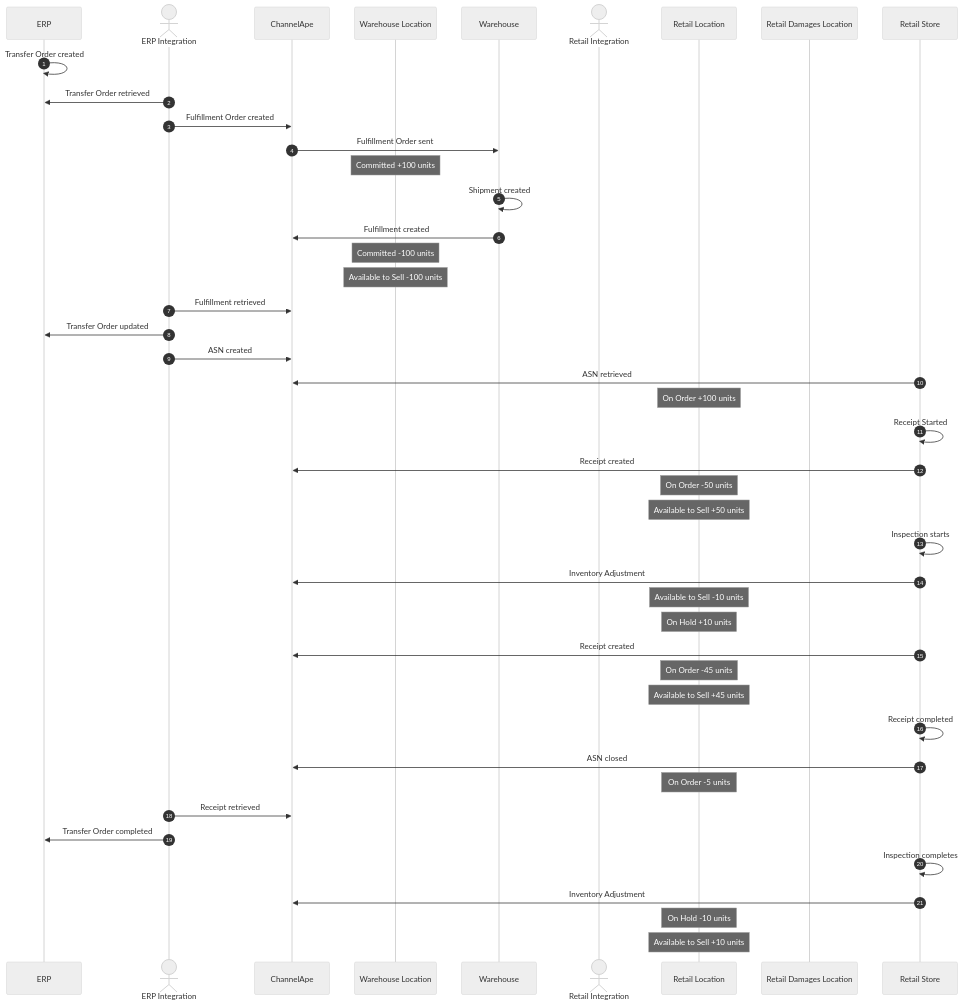
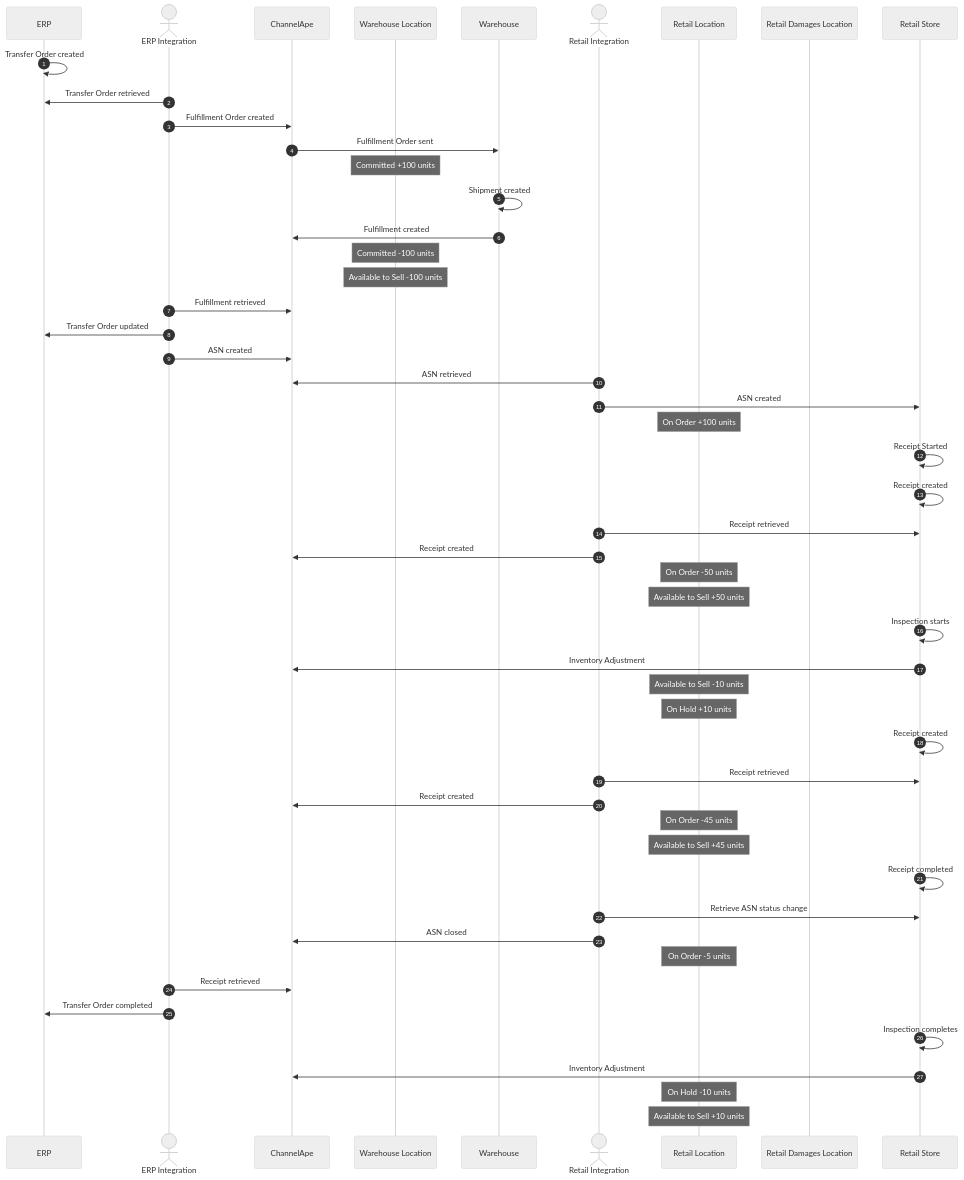
The fourth of 6 diagrams in data-flows/transfer-orders/README.md (ChannelApe/channelape-docs), drawn with Mermaid (neutral theme) before and after one commit. The commit also changed other lines of this file, not shown here.

Commit message:
Added Retail Integration actor

````diff
--- a/data-flows/transfer-orders/README.md
+++ b/data-flows/transfer-orders/README.md
@@ -216,64 +232,70 @@
 ```mermaid
 sequenceDiagram
     autonumber
     participant ERP
     actor ERP Integration
     participant ChannelApe
     participant Warehouse Location
     participant Warehouse
     actor Retail Integration
     participant Retail Location
     participant Retail Damages Location
     participant Retail Store
 
     ERP->>ERP: Transfer Order created
 
     ERP Integration->>ERP: Transfer Order retrieved
     ERP Integration->>ChannelApe: Fulfillment Order created
 
     ChannelApe->>Warehouse: Fulfillment Order sent
     note over Warehouse Location: Committed +100 units
     
     Warehouse->>Warehouse: Shipment created
     Warehouse->>ChannelApe: Fulfillment created
     note over Warehouse Location: Committed -100 units
     note over Warehouse Location: Available to Sell -100 units
 
     ERP Integration->>ChannelApe: Fulfillment retrieved
     ERP Integration->>ERP: Transfer Order updated
     ERP Integration->>ChannelApe: ASN created
     
-    Retail Store->>ChannelApe: ASN retrieved
+    Retail Integration->>ChannelApe: ASN retrieved
+    Retail Integration->>Retail Store: ASN created
     note over Retail Location: On Order +100 units
 
     Retail Store->>Retail Store: Receipt Started
 
-    Retail Store->>ChannelApe: Receipt created
+    Retail Store->>Retail Store: Receipt created
+    Retail Integration->>Retail Store: Receipt retrieved
+    Retail Integration->>ChannelApe: Receipt created
     note over Retail Location: On Order -50 units
     note over Retail Location: Available to Sell +50 units
 
     Retail Store->>Retail Store: Inspection starts
 
     Retail Store->>ChannelApe: Inventory Adjustment
     note over Retail Location: Available to Sell -10 units
     note over Retail Location: On Hold +10 units
 
-    Retail Store->>ChannelApe: Receipt created
+    Retail Store->>Retail Store: Receipt created
+    Retail Integration->>Retail Store: Receipt retrieved
+    Retail Integration->>ChannelApe: Receipt created
     note over Retail Location: On Order -45 units
     note over Retail Location: Available to Sell +45 units
 
     Retail Store->>Retail Store: Receipt completed
 
-    Retail Store->>ChannelApe: ASN closed
+    Retail Integration->>Retail Store: Retrieve ASN status change
+    Retail Integration->>ChannelApe: ASN closed
     note over Retail Location: On Order -5 units
 
     ERP Integration->>ChannelApe: Receipt retrieved
 
     ERP Integration->>ERP: Transfer Order completed
 
     Retail Store->>Retail Store: Inspection completes
 
     Retail Store->>ChannelApe: Inventory Adjustment
     note over Retail Location: On Hold -10 units
     note over Retail Location: Available to Sell +10 units
 ```
````
